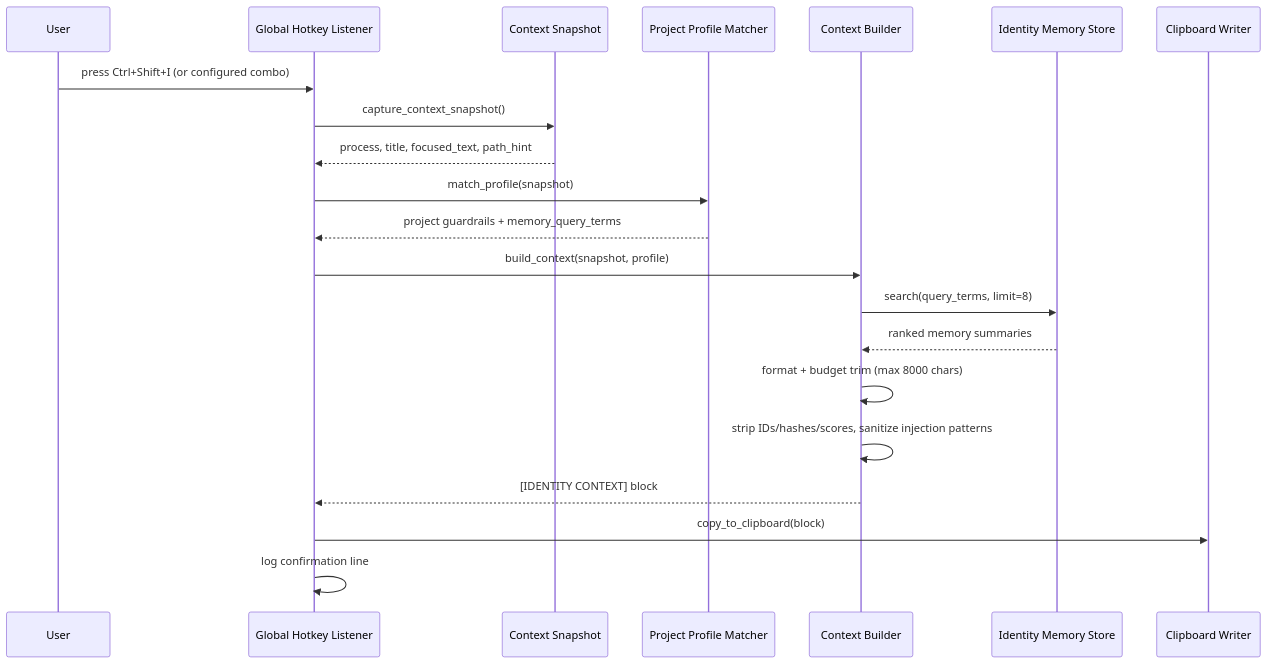
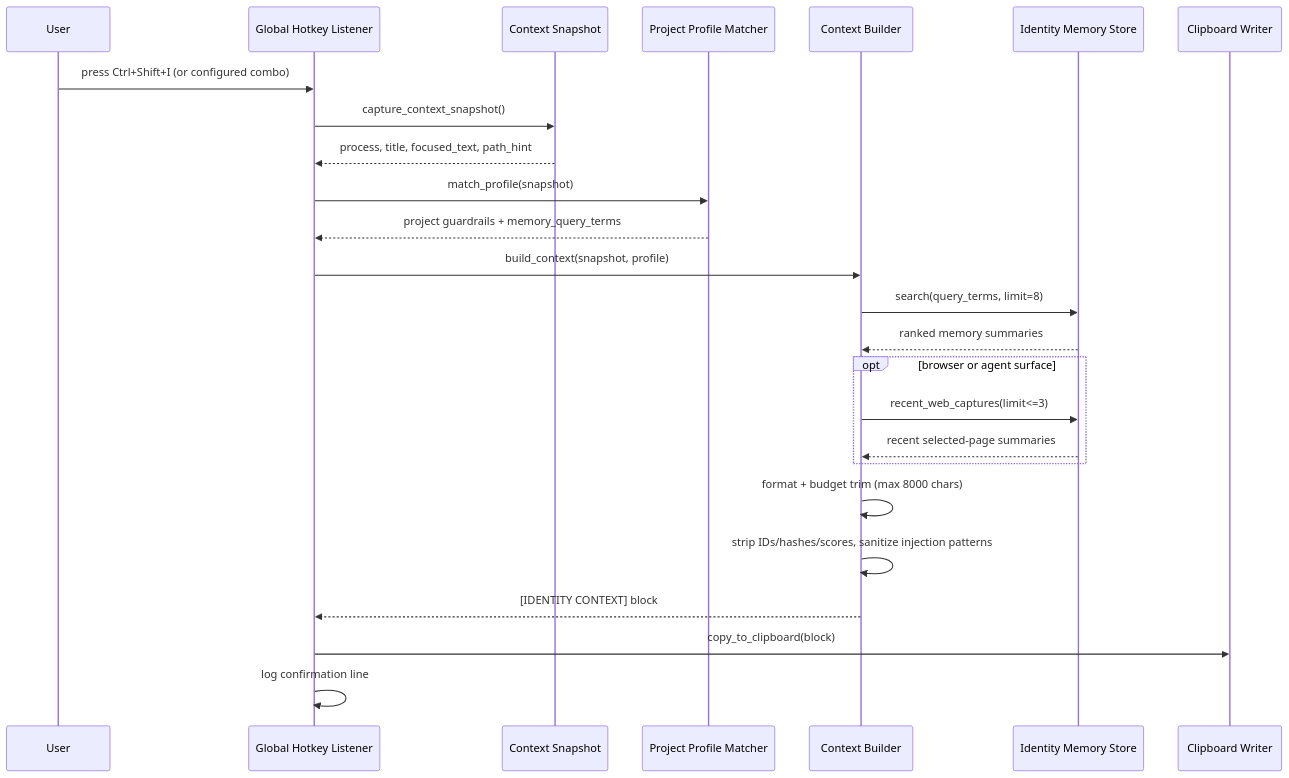
Before and after one commit to FiNdAlMkSkInDaL/Identity: diagram 17 of 17 in docs/system-map.md, drawn with Mermaid. The commit also changed other lines of this file and 12 other files, not shown here.

Commit message:
Document and support explicit browser page capture

````diff
--- a/docs/system-map.md
+++ b/docs/system-map.md
@@ -523,24 +560,28 @@
 ```mermaid
 sequenceDiagram
     participant User
     participant Hotkey as Global Hotkey Listener
     participant Snapshot as Context Snapshot
     participant Profile as Project Profile Matcher
     participant Builder as Context Builder
     participant Memory as Identity Memory Store
     participant Clip as Clipboard Writer
 
     User->>Hotkey: press Ctrl+Shift+I (or configured combo)
     Hotkey->>Snapshot: capture_context_snapshot()
     Snapshot-->>Hotkey: process, title, focused_text, path_hint
     Hotkey->>Profile: match_profile(snapshot)
     Profile-->>Hotkey: project guardrails + memory_query_terms
     Hotkey->>Builder: build_context(snapshot, profile)
     Builder->>Memory: search(query_terms, limit=8)
     Memory-->>Builder: ranked memory summaries
+    opt browser or agent surface
+        Builder->>Memory: recent_web_captures(limit<=3)
+        Memory-->>Builder: recent selected-page summaries
+    end
     Builder->>Builder: format + budget trim (max 8000 chars)
     Builder->>Builder: strip IDs/hashes/scores, sanitize injection patterns
     Builder-->>Hotkey: [IDENTITY CONTEXT] block
     Hotkey->>Clip: copy_to_clipboard(block)
     Hotkey->>Hotkey: log confirmation line
 ```
````
